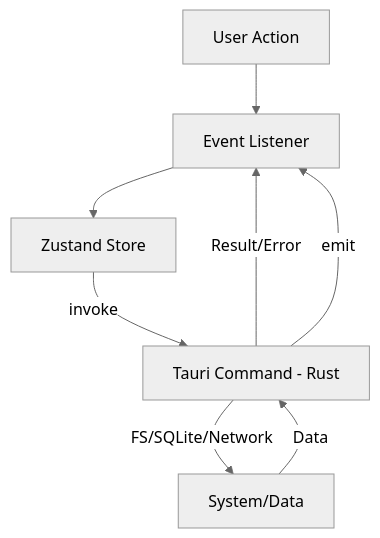
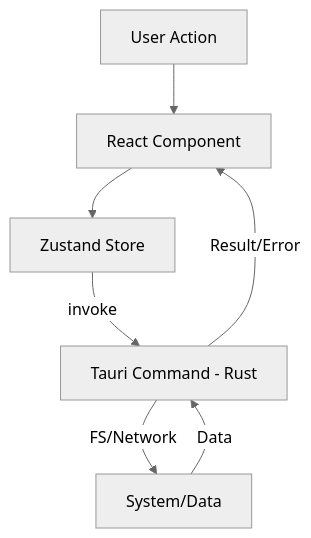
Before and after one commit to TrungHieu0107/genzo-kits: the diagram in docs/ARCHITECTURE.md, drawn with Mermaid (neutral theme). The commit also changed other lines of this file and 29 other files, not shown here.

````diff
--- a/docs/ARCHITECTURE.md
+++ b/docs/ARCHITECTURE.md
@@ -25,10 +25,9 @@
 ```mermaid
 graph TD
   User[User Action] --> UI[React Component]
   UI --> Store[Zustand Store]
   Store -->|invoke| Rust[Tauri Command - Rust]
-  Rust -->|FS/SQLite/Network| Sys[System/Data]
+  Rust -->|FS/Network| Sys[System/Data]
   Sys -->|Data| Rust
   Rust -->|Result/Error| UI
-  Rust -->|emit| UI[Event Listener]
 ```
````
